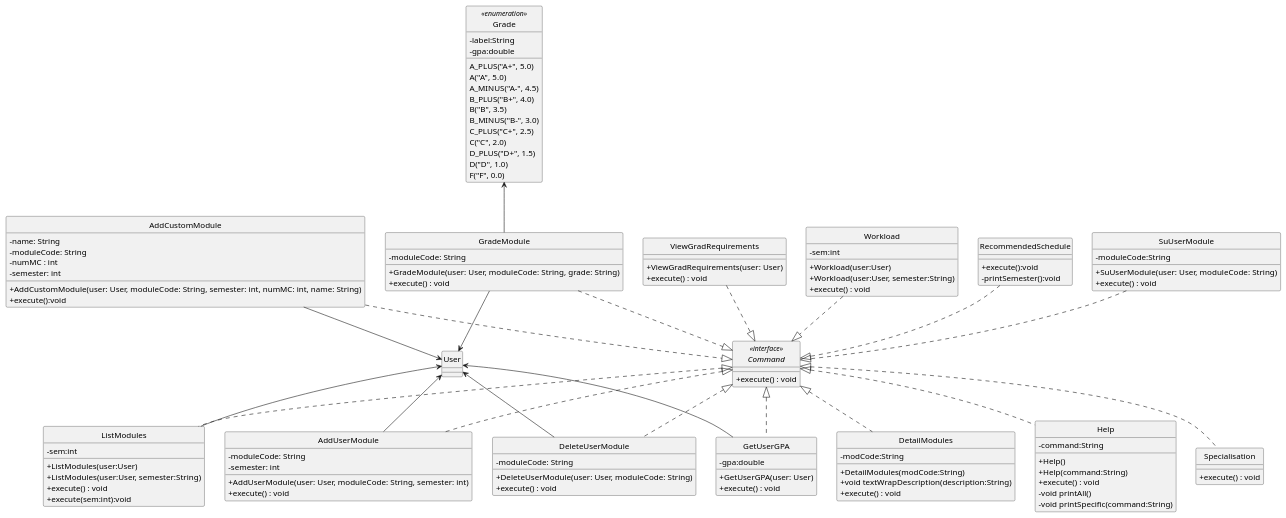
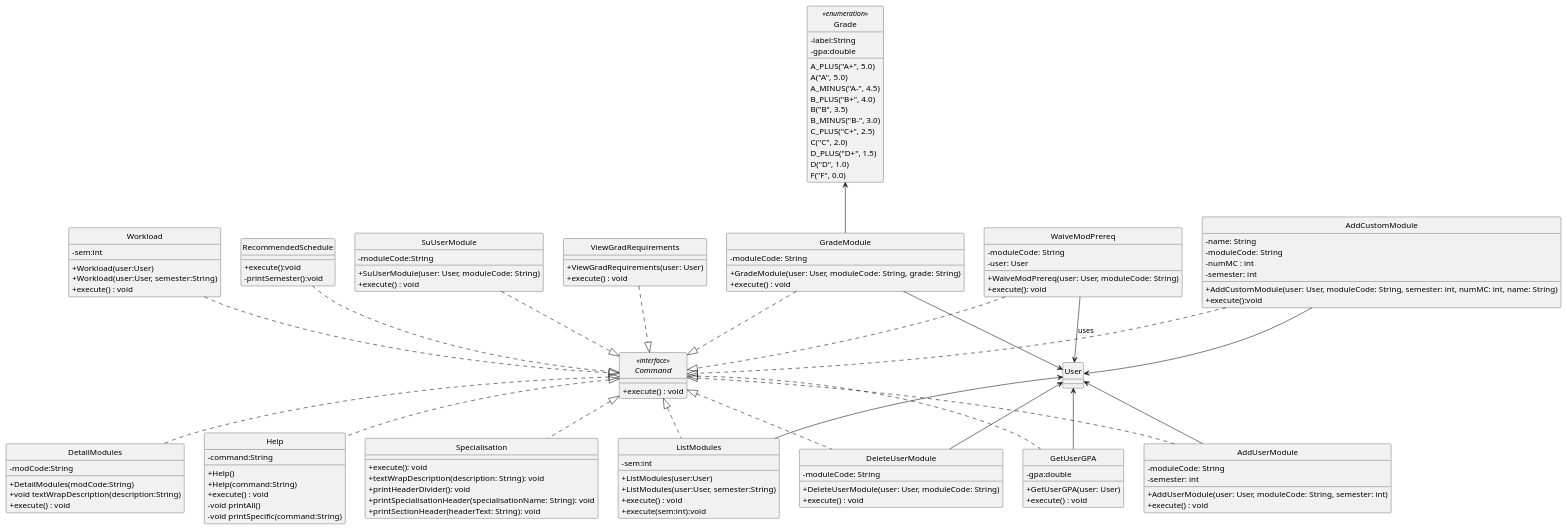
One commit to itsjoelha/tp changed the diagram in docs/diagrams/Command.puml. Above: the diagram before and after it, drawn with PlantUML. The commit also changed 1 other file, not shown here.

Commit message:
Update Command Diagram with new function

```diff
--- a/docs/diagrams/Command.puml
+++ b/docs/diagrams/Command.puml
@@ -1,132 +1,149 @@
 @startuml
 'https://plantuml.com/class-diagram
 hide circle
 skinparam classAttributeIconSize 0
 
 interface Command <<interface>>{
     +  execute() : void
 }
 class AddUserModule {
     +AddUserModule(user: User, moduleCode: String, semester: int)
     - moduleCode: String
     - semester: int
     + execute() : void
 }
 
 class AddCustomModule {
     -name: String
     -moduleCode: String
     -numMC : int
     -semester: int
     + AddCustomModule(user: User, moduleCode: String, semester: int, numMC: int, name: String)
     + execute():void
 }
 
 class DeleteUserModule {
 + DeleteUserModule(user: User, moduleCode: String)
 - moduleCode: String
     + execute() : void
 }
 class DetailModules {
     - modCode:String
     + DetailModules(modCode:String)
     + void textWrapDescription(description:String)
     + execute() : void
 }
 
 class GetUserGPA{
 - gpa:double
 + GetUserGPA(user: User)
     + execute() : void
 }
 class GradeModule {
 - moduleCode: String
 + GradeModule(user: User, moduleCode: String, grade: String)
     + execute() : void
 }
 
 class Help {
     - command:String
     + Help()
     + Help(command:String)
     + execute() : void
     - void printAll()
     - void printSpecific(command:String)
 }
 
 
 class ListModules {
     - sem:int
     + ListModules(user:User)
     + ListModules(user:User, semester:String)
     + execute() : void
     + execute(sem:int):void
 }
 class RecommendedSchedule {
     + execute():void
     - printSemester():void
 }
+
 class Specialisation {
-+ execute() : void
+    + execute(): void
+    + textWrapDescription(description: String): void
+    + printHeaderDivider(): void
+    + printSpecialisationHeader(specialisationName: String): void
+    + printSectionHeader(headerText: String): void
 }
+
 class SuUserModule {
 -moduleCode:String
 + SuUserModule(user: User, moduleCode: String)
 + execute() : void
 }
+
 class ViewGradRequirements {
 + ViewGradRequirements(user: User)
 + execute() : void
 }
 class Workload {
 -sem:int
 +Workload(user:User)
 +Workload(user:User, semester:String)
 +execute() : void
 }
 
 enum Grade <<enumeration>>{
 -label:String
 -gpa:double
     A_PLUS("A+", 5.0)
     A("A", 5.0)
     A_MINUS("A-", 4.5)
     B_PLUS("B+", 4.0)
     B("B", 3.5)
     B_MINUS("B-", 3.0)
     C_PLUS("C+", 2.5)
     C("C", 2.0)
     D_PLUS("D+", 1.5)
     D("D", 1.0)
     F("F", 0.0)
 }
+
+class WaiveModPrereq {
+    - moduleCode: String
+    - user: User
+    + WaiveModPrereq(user: User, moduleCode: String)
+    + execute(): void
+}
+
+WaiveModPrereq ..|> Command
+WaiveModPrereq --> User : uses
 
 class User
 
 User <-- GetUserGPA
 User <--AddUserModule
 AddCustomModule --> User
 User <-- DeleteUserModule
 User <-- ListModules
 
 GradeModule --> User
 Grade <-- GradeModule
 
 Command <|-[dashed]- Specialisation
 Command <|-[dashed]- AddUserModule
 
 Command <|-[dashed]- DeleteUserModule
 Command <|-[dashed]- DetailModules
 Command <|-[dashed]- GetUserGPA
 Command <|-[dashed]- ListModules
 
 Command <|.. Help
 SuUserModule -[dashed]-|> Command
 GradeModule -[dashed]-|> Command
 RecommendedSchedule -[dashed]-|> Command
 Workload -[dashed]-|> Command
 ViewGradRequirements-[dashed]-|> Command
 AddCustomModule-[dashed]-|> Command
 
 
 @enduml
```
